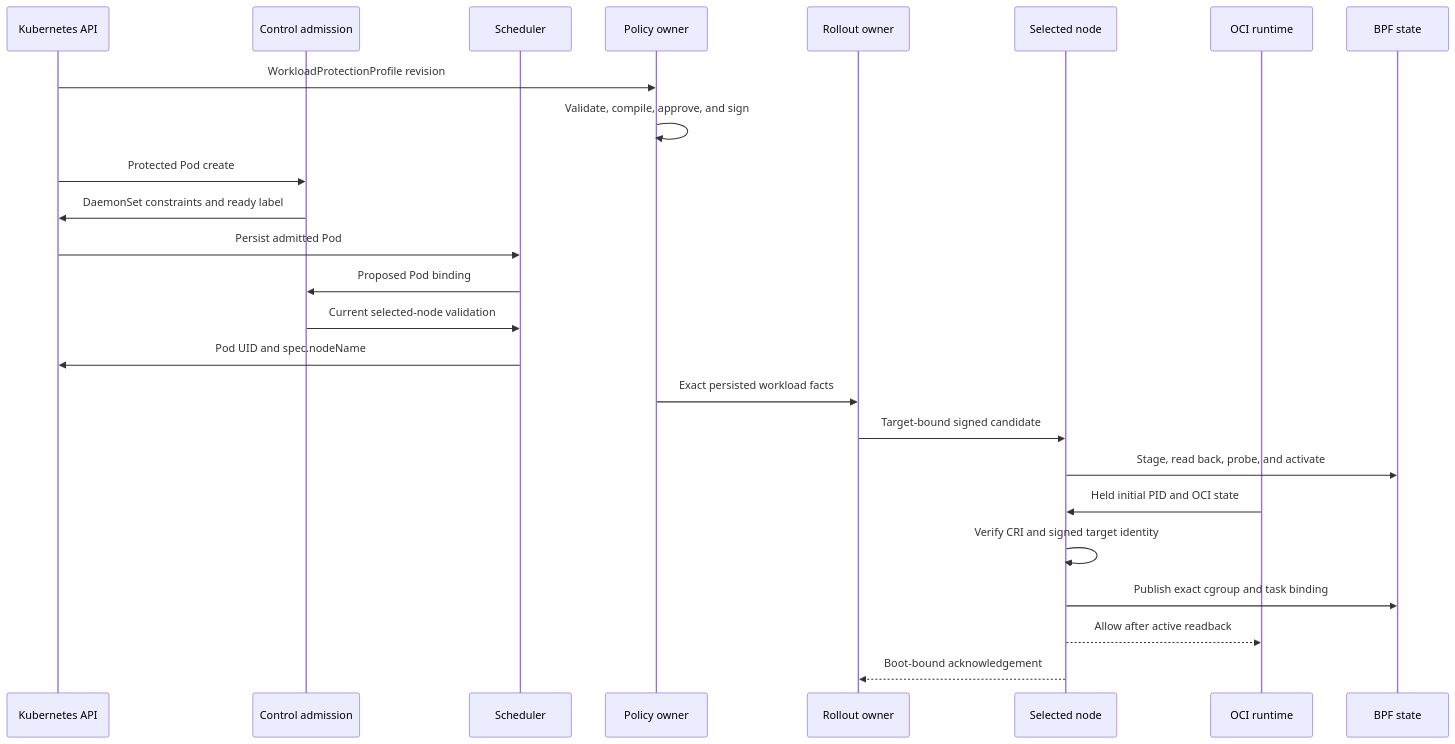
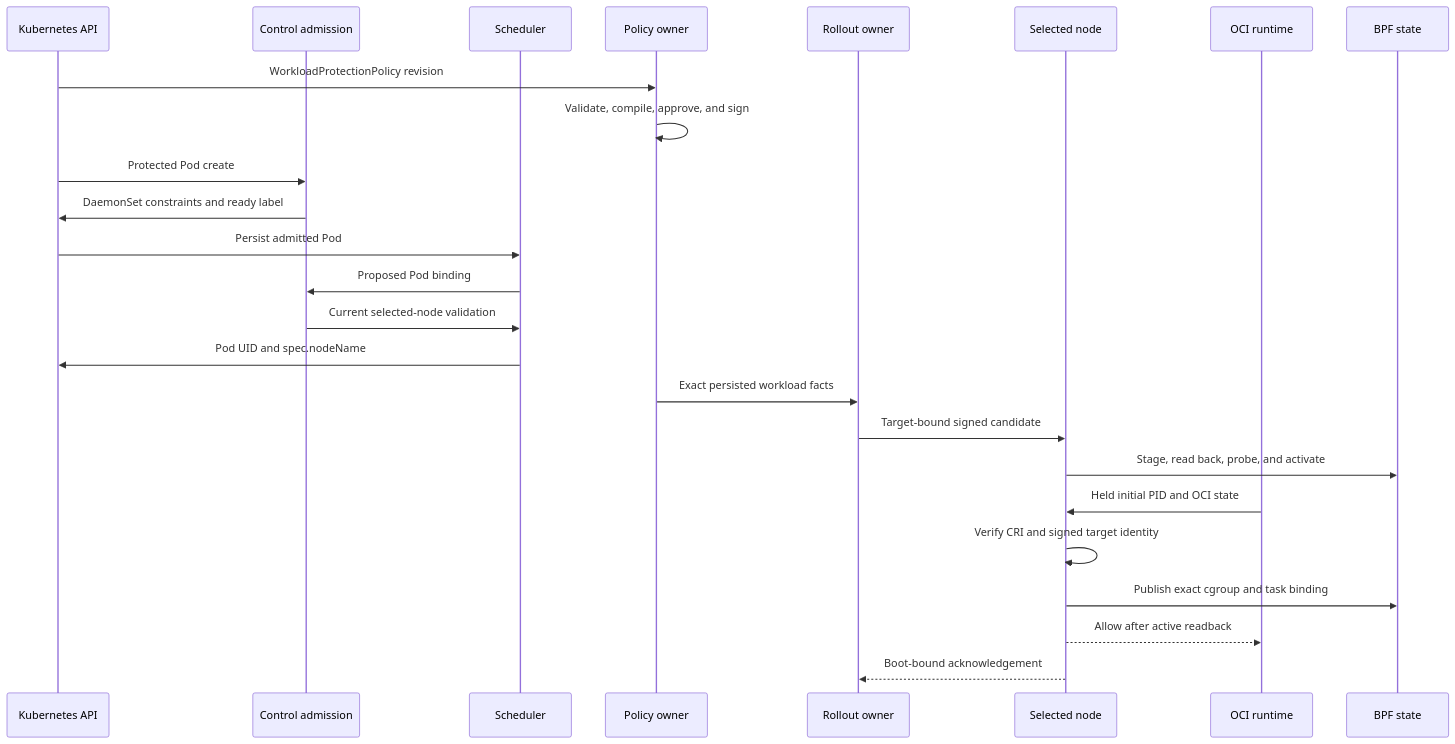
One commit to Ereborlabs/erebor-runtime changed the first of 4 diagrams in docs/plans/mithril-hugging-face-intrusion-prevention/phase-6-2-implementation-review.md. Above: the diagram before and after it, drawn with Mermaid. The commit also changed other lines of this file and 4 other files, not shown here.

````diff
--- a/docs/plans/mithril-hugging-face-intrusion-prevention/phase-6-2-implementation-review.md
+++ b/docs/plans/mithril-hugging-face-intrusion-prevention/phase-6-2-implementation-review.md
@@ -125,27 +129,27 @@
 ```mermaid
 sequenceDiagram
     participant API as Kubernetes API
     participant Admission as Control admission
     participant Scheduler as Scheduler
     participant Desired as Policy owner
     participant Rollout as Rollout owner
     participant Node as Selected node
     participant Runtime as OCI runtime
     participant Kernel as BPF state
-    API->>Desired: WorkloadProtectionProfile revision
+    API->>Desired: WorkloadProtectionPolicy revision
     Desired->>Desired: Validate, compile, approve, and sign
     API->>Admission: Protected Pod create
     Admission->>API: DaemonSet constraints and ready label
     API->>Scheduler: Persist admitted Pod
     Scheduler->>Admission: Proposed Pod binding
     Admission->>Scheduler: Current selected-node validation
     Scheduler->>API: Pod UID and spec.nodeName
     Desired->>Rollout: Exact persisted workload facts
     Rollout->>Node: Target-bound signed candidate
     Node->>Kernel: Stage, read back, probe, and activate
     Runtime->>Node: Held initial PID and OCI state
     Node->>Node: Verify CRI and signed target identity
     Node->>Kernel: Publish exact cgroup and task binding
     Node-->>Runtime: Allow after active readback
     Node-->>Rollout: Boot-bound acknowledgement
 ```
````
